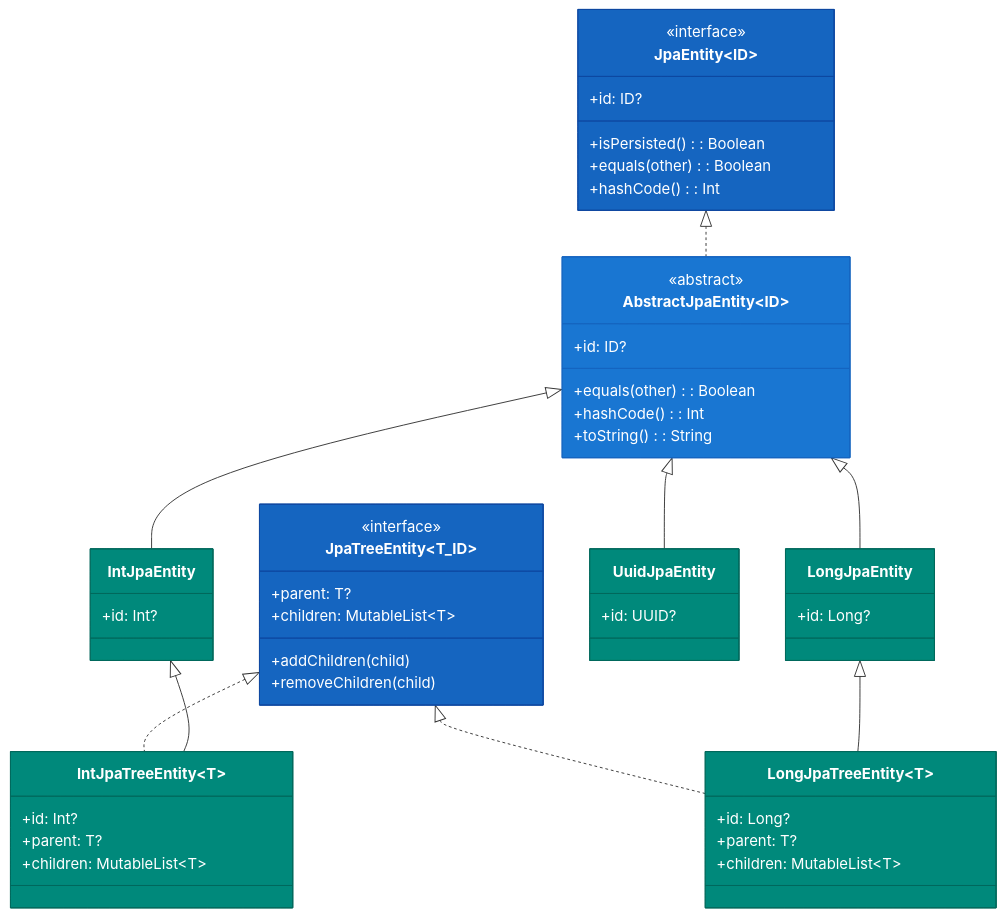
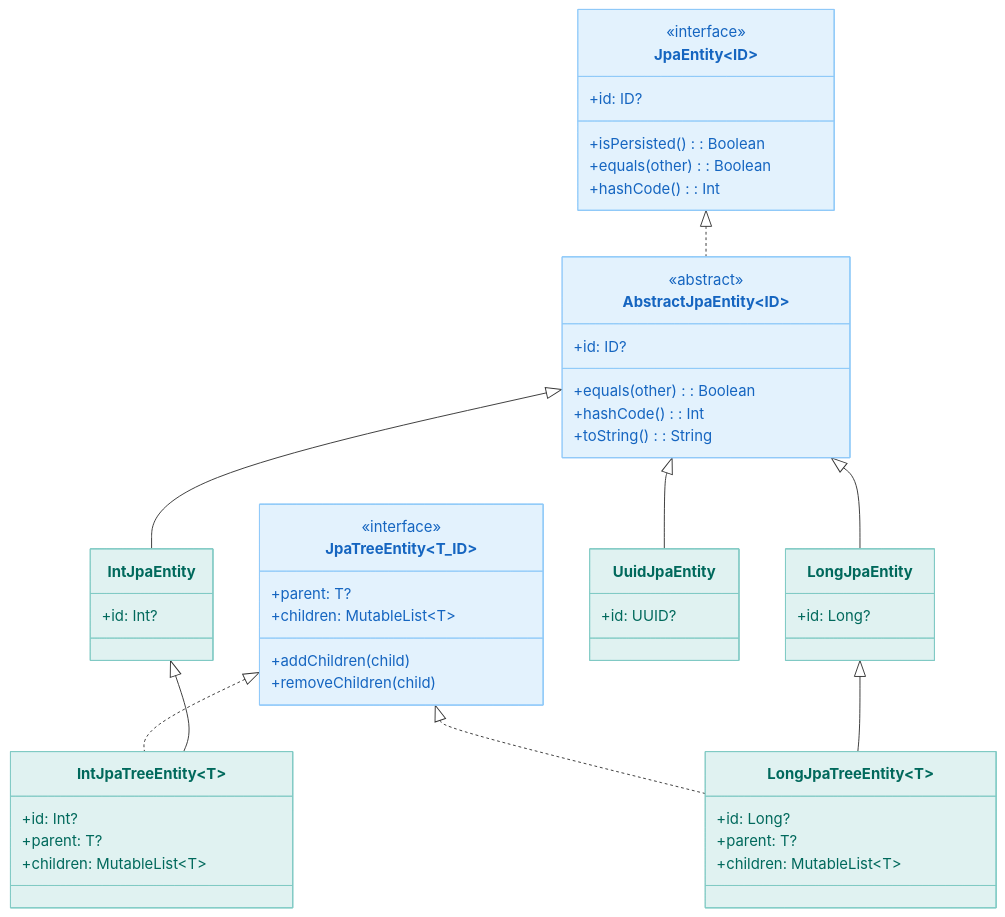
One commit to bluetape4k/bluetape4k-projects changed the second of 3 diagrams in data/hibernate/README.ko.md. Above: the diagram before and after it, drawn with Mermaid. The commit also changed other lines of this file and 219 other files, not shown here.

First line of the commit message:
docs: 전체 README Mermaid 다이어그램 가이드 적용

````diff
--- a/data/hibernate/README.ko.md
+++ b/data/hibernate/README.ko.md
@@ -542,61 +542,61 @@
 ```mermaid
 classDiagram
     class JpaEntity~ID~ {
         <<interface>>
         +id: ID?
         +isPersisted(): Boolean
         +equals(other): Boolean
         +hashCode(): Int
     }
     class AbstractJpaEntity~ID~ {
         <<abstract>>
         +id: ID?
         +equals(other): Boolean
         +hashCode(): Int
         +toString(): String
     }
     class IntJpaEntity {
         +id: Int?
     }
     class LongJpaEntity {
         +id: Long?
     }
     class UuidJpaEntity {
         +id: UUID?
     }
     class JpaTreeEntity~T_ID~ {
         <<interface>>
         +parent: T?
         +children: MutableList~T~
         +addChildren(child)
         +removeChildren(child)
     }
     class LongJpaTreeEntity~T~ {
         +id: Long?
         +parent: T?
         +children: MutableList~T~
     }
     class IntJpaTreeEntity~T~ {
         +id: Int?
         +parent: T?
         +children: MutableList~T~
     }
 
     JpaEntity <|.. AbstractJpaEntity
     AbstractJpaEntity <|-- IntJpaEntity
     AbstractJpaEntity <|-- LongJpaEntity
     AbstractJpaEntity <|-- UuidJpaEntity
     JpaTreeEntity <|.. LongJpaTreeEntity
     JpaTreeEntity <|.. IntJpaTreeEntity
     LongJpaEntity <|-- LongJpaTreeEntity
     IntJpaEntity <|-- IntJpaTreeEntity
 
-    style JpaEntity fill:#1565C0,stroke:#0D47A1,color:#FFFFFF
-    style AbstractJpaEntity fill:#1976D2,stroke:#1565C0,color:#FFFFFF
-    style IntJpaEntity fill:#00897B,stroke:#00695C,color:#FFFFFF
-    style LongJpaEntity fill:#00897B,stroke:#00695C,color:#FFFFFF
-    style UuidJpaEntity fill:#00897B,stroke:#00695C,color:#FFFFFF
-    style JpaTreeEntity fill:#1565C0,stroke:#0D47A1,color:#FFFFFF
-    style LongJpaTreeEntity fill:#00897B,stroke:#00695C,color:#FFFFFF
-    style IntJpaTreeEntity fill:#00897B,stroke:#00695C,color:#FFFFFF
+    style JpaEntity fill:#E3F2FD,stroke:#90CAF9,color:#1565C0
+    style AbstractJpaEntity fill:#E3F2FD,stroke:#90CAF9,color:#1565C0
+    style IntJpaEntity fill:#E0F2F1,stroke:#80CBC4,color:#00695C
+    style LongJpaEntity fill:#E0F2F1,stroke:#80CBC4,color:#00695C
+    style UuidJpaEntity fill:#E0F2F1,stroke:#80CBC4,color:#00695C
+    style JpaTreeEntity fill:#E3F2FD,stroke:#90CAF9,color:#1565C0
+    style LongJpaTreeEntity fill:#E0F2F1,stroke:#80CBC4,color:#00695C
+    style IntJpaTreeEntity fill:#E0F2F1,stroke:#80CBC4,color:#00695C
 ```
````
